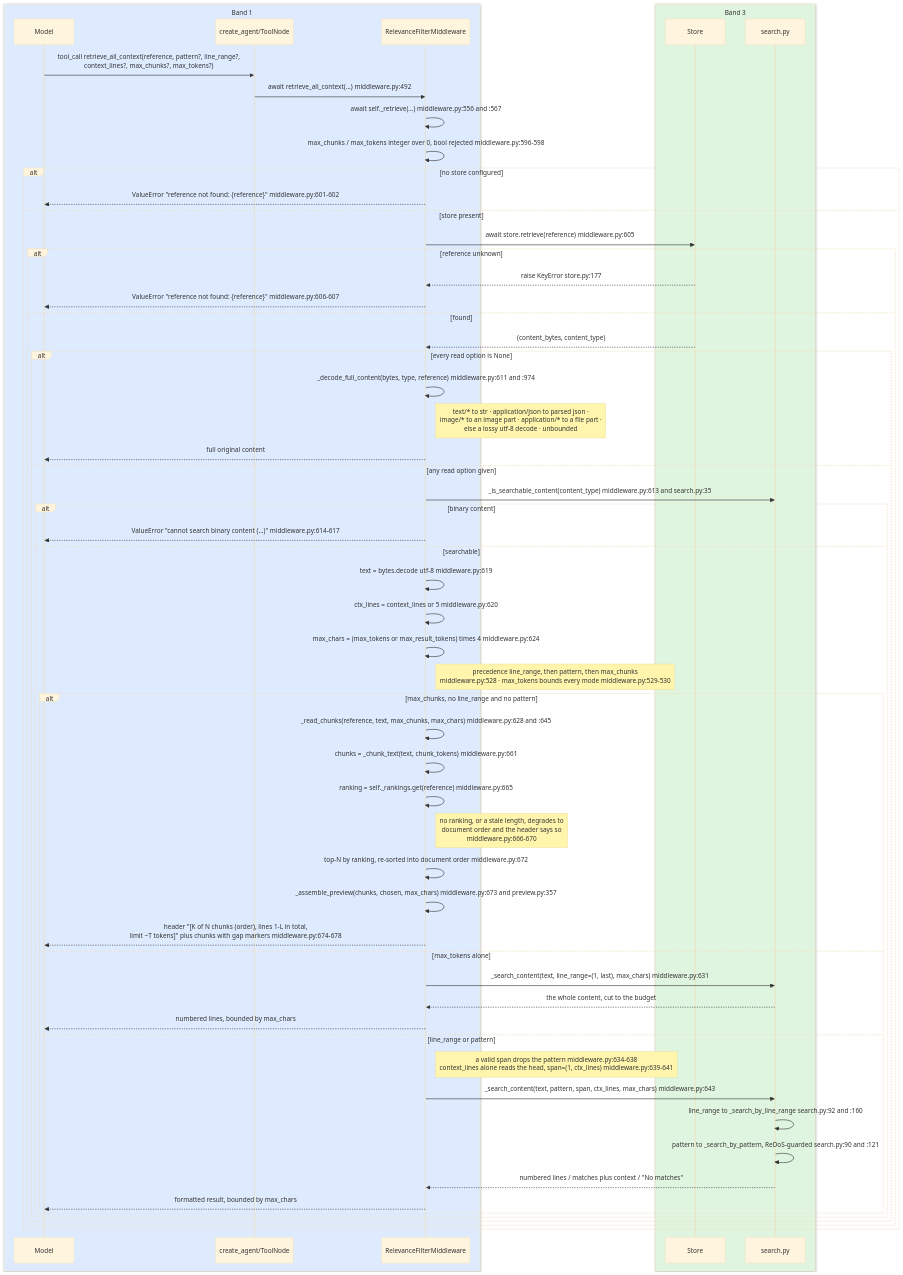
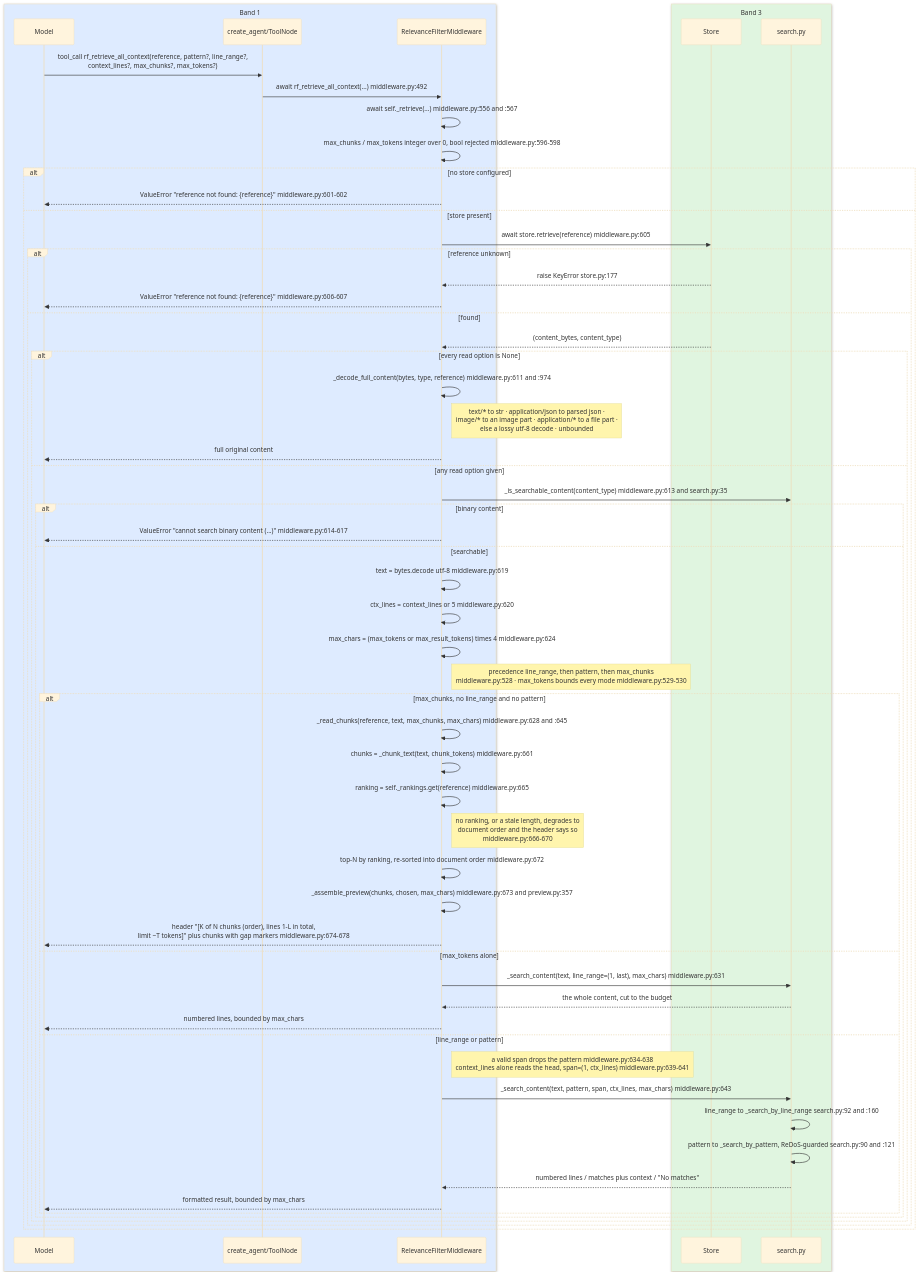
The third of 4 diagrams in docs/design/sequence/langgraph/sequence-a-relevance.md (aws-samples/sample-context-engineering), drawn with Mermaid (base theme) before and after one commit. The commit also changed other lines of this file and 124 other files, not shown here.

First line of the commit message:
feat(plugins): prefix every model-facing tool with its plugin's initials

````diff
--- a/docs/design/sequence/langgraph/sequence-a-relevance.md
+++ b/docs/design/sequence/langgraph/sequence-a-relevance.md
@@ -315,63 +315,63 @@
 ```mermaid
 sequenceDiagram
     box rgb(222,235,255) Band 1
         participant Model
         participant Agent as create_agent/ToolNode
         participant MW as RelevanceFilterMiddleware
     end
     box rgb(224,245,224) Band 3
         participant Store as Store
         participant Search as search.py
     end
 
-    Model->>Agent: tool_call retrieve_all_context(reference, pattern?, line_range?,<br/>context_lines?, max_chunks?, max_tokens?)
-    Agent->>MW: await retrieve_all_context(...)  middleware.py:492
+    Model->>Agent: tool_call rf_retrieve_all_context(reference, pattern?, line_range?,<br/>context_lines?, max_chunks?, max_tokens?)
+    Agent->>MW: await rf_retrieve_all_context(...)  middleware.py:492
     MW->>MW: await self._retrieve(...)  middleware.py:556 and :567
     MW->>MW: max_chunks / max_tokens integer over 0, bool rejected  middleware.py:596-598
     alt no store configured
         MW-->>Model: ValueError "reference not found: {reference}"  middleware.py:601-602
     else store present
         MW->>Store: await store.retrieve(reference)  middleware.py:605
         alt reference unknown
             Store-->>MW: raise KeyError  store.py:177
             MW-->>Model: ValueError "reference not found: {reference}"  middleware.py:606-607
         else found
             Store-->>MW: (content_bytes, content_type)
             alt every read option is None
                 MW->>MW: _decode_full_content(bytes, type, reference)  middleware.py:611 and :974
                 Note right of MW: text/* to str · application/json to parsed json ·<br/>image/* to an image part · application/* to a file part ·<br/>else a lossy utf-8 decode · unbounded
                 MW-->>Model: full original content
             else any read option given
                 MW->>Search: _is_searchable_content(content_type)  middleware.py:613 and search.py:35
                 alt binary content
                     MW-->>Model: ValueError "cannot search binary content (...)"  middleware.py:614-617
                 else searchable
                     MW->>MW: text = bytes.decode utf-8  middleware.py:619
                     MW->>MW: ctx_lines = context_lines or 5  middleware.py:620
                     MW->>MW: max_chars = (max_tokens or max_result_tokens) times 4  middleware.py:624
                     Note right of MW: precedence line_range, then pattern, then max_chunks<br/>middleware.py:528 · max_tokens bounds every mode  middleware.py:529-530
                     alt max_chunks, no line_range and no pattern
                         MW->>MW: _read_chunks(reference, text, max_chunks, max_chars)  middleware.py:628 and :645
                         MW->>MW: chunks = _chunk_text(text, chunk_tokens)  middleware.py:661
                         MW->>MW: ranking = self._rankings.get(reference)  middleware.py:665
                         Note right of MW: no ranking, or a stale length, degrades to<br/>document order and the header says so<br/>middleware.py:666-670
                         MW->>MW: top-N by ranking, re-sorted into document order  middleware.py:672
                         MW->>MW: _assemble_preview(chunks, chosen, max_chars)  middleware.py:673 and preview.py:357
                         MW-->>Model: header "[K of N chunks (order), lines 1-L in total,<br/>limit ~T tokens]" plus chunks with gap markers  middleware.py:674-678
                     else max_tokens alone
                         MW->>Search: _search_content(text, line_range=(1, last), max_chars)  middleware.py:631
                         Search-->>MW: the whole content, cut to the budget
                         MW-->>Model: numbered lines, bounded by max_chars
                     else line_range or pattern
                         Note right of MW: a valid span drops the pattern  middleware.py:634-638<br/>context_lines alone reads the head, span=(1, ctx_lines)  middleware.py:639-641
                         MW->>Search: _search_content(text, pattern, span, ctx_lines, max_chars)  middleware.py:643
                         Search->>Search: line_range to _search_by_line_range  search.py:92 and :160
                         Search->>Search: pattern to _search_by_pattern, ReDoS-guarded  search.py:90 and :121
                         Search-->>MW: numbered lines / matches plus context / "No matches"
                         MW-->>Model: formatted result, bounded by max_chars
                     end
                 end
             end
         end
     end
 ```
````
